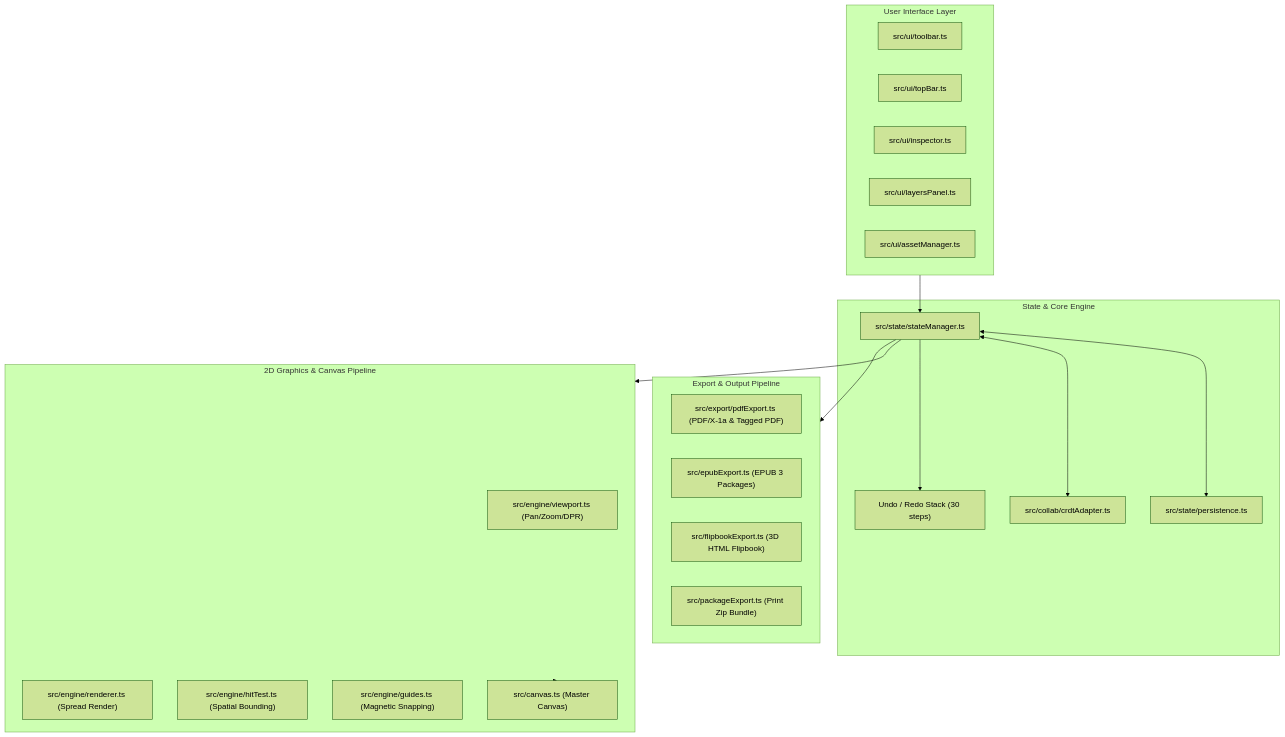
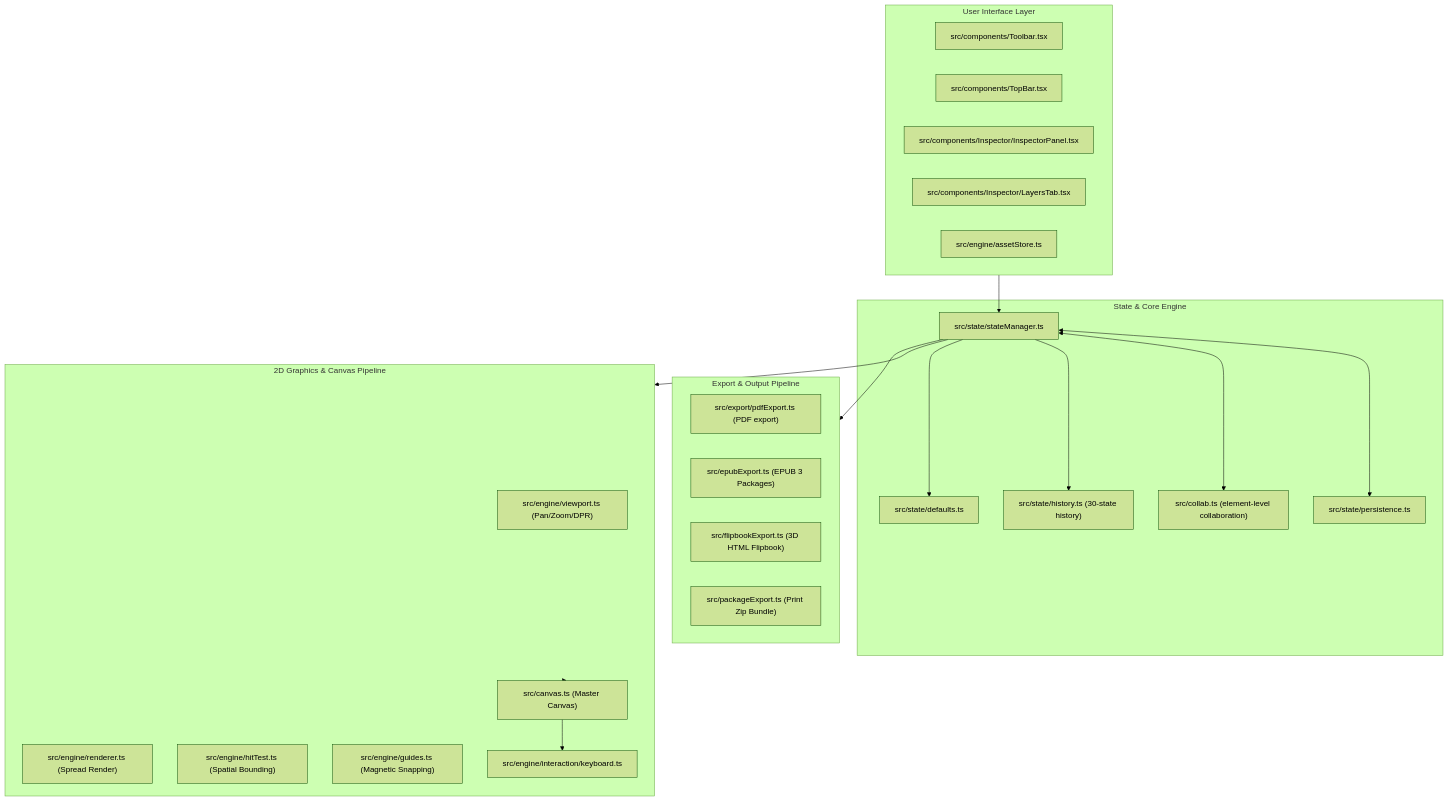
One commit to artificia1/recto-studio changed the first of 2 diagrams in ARCHITECTURE.md. Above: the diagram before and after it, drawn with Mermaid (forest theme). The commit also changed other lines of this file and 80 other files, not shown here.

````diff
--- a/ARCHITECTURE.md
+++ b/ARCHITECTURE.md
@@ -9,40 +9,44 @@
 ```mermaid
 flowchart TD
     subgraph UI ["User Interface Layer"]
-        Toolbar["src/ui/toolbar.ts"]
-        TopBar["src/ui/topBar.ts"]
-        Inspector["src/ui/inspector.ts"]
-        Layers["src/ui/layersPanel.ts"]
-        Assets["src/ui/assetManager.ts"]
+        Toolbar["src/components/Toolbar.tsx"]
+        TopBar["src/components/TopBar.tsx"]
+        Inspector["src/components/Inspector/InspectorPanel.tsx"]
+        Layers["src/components/Inspector/LayersTab.tsx"]
+        Assets["src/engine/assetStore.ts"]
     end
 
     subgraph Core ["State & Core Engine"]
         StateManager["src/state/stateManager.ts"]
         Persistence["src/state/persistence.ts"]
-        CRDT["src/collab/crdtAdapter.ts"]
-        History["Undo / Redo Stack (30 steps)"]
+        CRDT["src/collab.ts (element-level collaboration)"]
+        History["src/state/history.ts (30-state history)"]
+        Defaults["src/state/defaults.ts"]
     end
 
     subgraph GraphicsEngine ["2D Graphics & Canvas Pipeline"]
         Viewport["src/engine/viewport.ts (Pan/Zoom/DPR)"]
         Renderer["src/engine/renderer.ts (Spread Render)"]
         HitTest["src/engine/hitTest.ts (Spatial Bounding)"]
         Guides["src/engine/guides.ts (Magnetic Snapping)"]
         CanvasView["src/canvas.ts (Master Canvas)"]
+        Keyboard["src/engine/interaction/keyboard.ts"]
     end
 
     subgraph Compilers ["Export & Output Pipeline"]
-        PDFX["src/export/pdfExport.ts (PDF/X-1a & Tagged PDF)"]
+        PDFX["src/export/pdfExport.ts (PDF export)"]
         EPUB["src/epubExport.ts (EPUB 3 Packages)"]
         Flipbook["src/flipbookExport.ts (3D HTML Flipbook)"]
         Package["src/packageExport.ts (Print Zip Bundle)"]
     end
 
     UI --> StateManager
     StateManager <--> Persistence
     StateManager <--> CRDT
     StateManager --> History
+    StateManager --> Defaults
     StateManager --> GraphicsEngine
     GraphicsEngine --> CanvasView
+    CanvasView --> Keyboard
     StateManager --> Compilers
 ```
````
